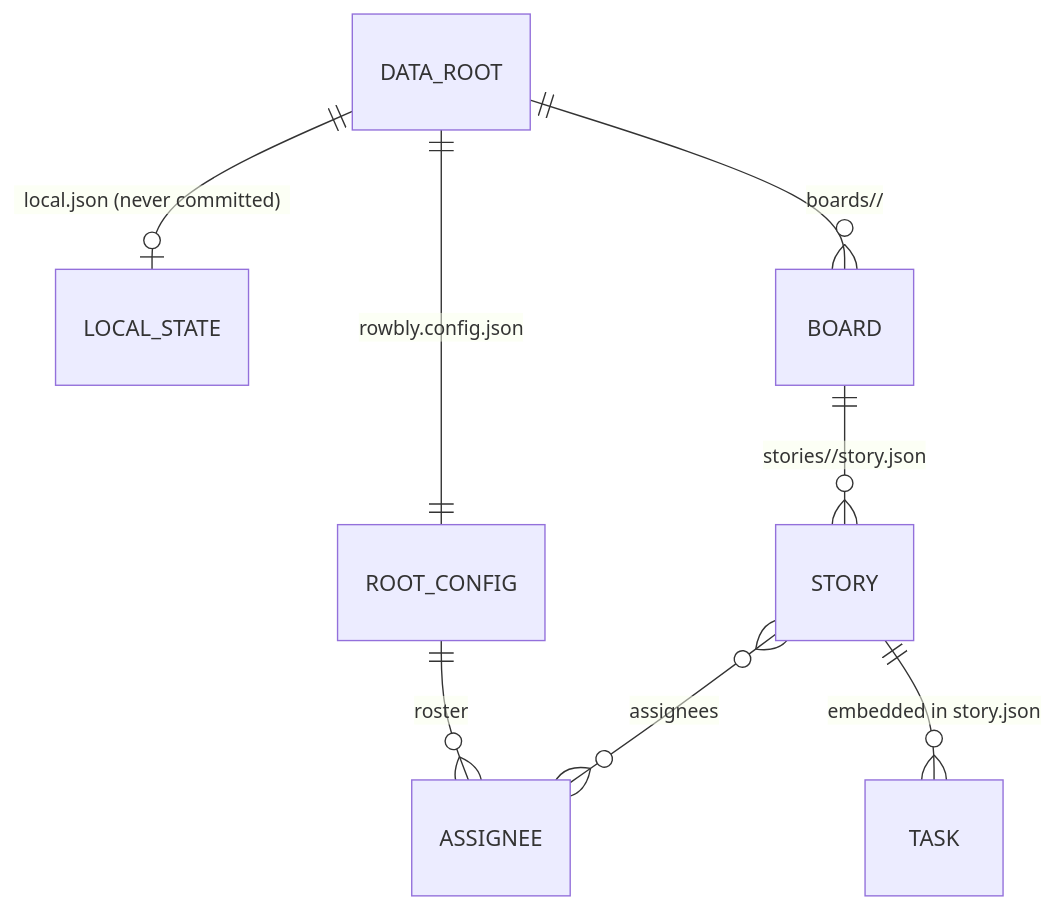
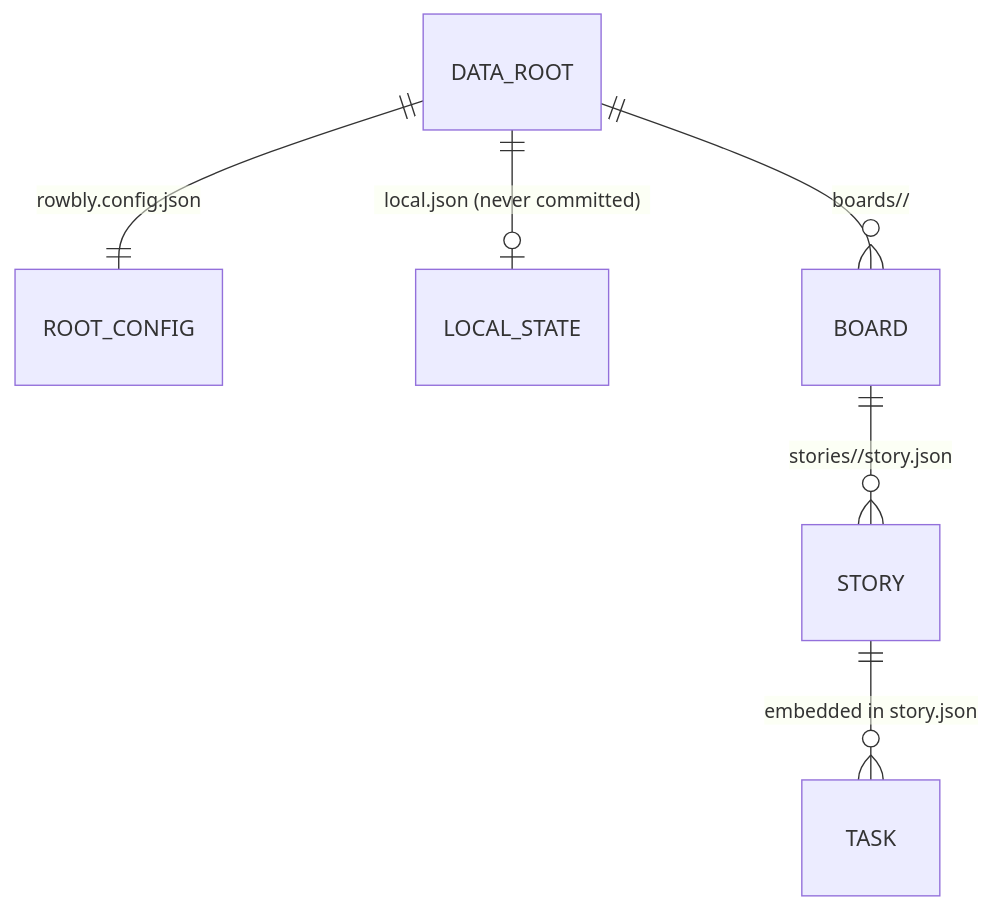
Before and after one commit to sgolovine/rowbly: the diagram in docs/architecture/data-model.md, drawn with Mermaid. The commit also changed other lines of this file and 22 other files, not shown here.

````diff
--- a/docs/architecture/data-model.md
+++ b/docs/architecture/data-model.md
@@ -7,10 +7,8 @@
 ```mermaid
 erDiagram
     DATA_ROOT ||--|| ROOT_CONFIG : "rowbly.config.json"
     DATA_ROOT ||--o| LOCAL_STATE : "local.json (never committed)"
-    ROOT_CONFIG ||--o{ ASSIGNEE : "roster"
     DATA_ROOT ||--o{ BOARD : "boards/<board>/"
     BOARD ||--o{ STORY : "stories/<KEY>/story.json"
     STORY ||--o{ TASK : "embedded in story.json"
-    STORY }o--o{ ASSIGNEE : "assignees"
 ```
````
